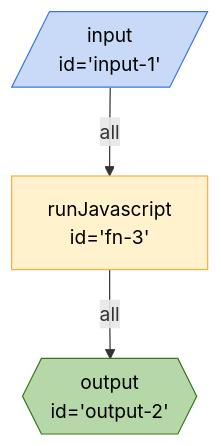
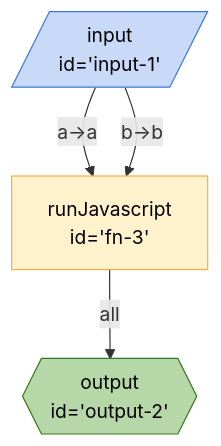
One commit to breadboard-ai/breadboard changed the diagram in seeds/breadboard-web/docs/graphs/new/custom-inline-action.md. Above: the diagram before and after it, drawn with Mermaid. The commit also changed 2 other files, not shown here.

Commit message:
[new syntax] fix ts warning in custom-inline-action
the original works, but currently gives a type warning.

(this should be fixed of course)

````diff
--- a/seeds/breadboard-web/docs/graphs/new/custom-inline-action.md
+++ b/seeds/breadboard-web/docs/graphs/new/custom-inline-action.md
@@ -3,14 +3,15 @@
 ```mermaid
 %%{init: 'themeVariables': { 'fontFamily': 'Fira Code, monospace' }}%%
 graph TD;
 fn3["runJavascript <br> id='fn-3'"] -- all --> output2{{"output <br> id='output-2'"}}:::output
-input1[/"input <br> id='input-1'"/]:::input -- all --> fn3["runJavascript <br> id='fn-3'"]
+input1[/"input <br> id='input-1'"/]:::input -- "a->a" --> fn3["runJavascript <br> id='fn-3'"]
+input1[/"input <br> id='input-1'"/]:::input -- "b->b" --> fn3["runJavascript <br> id='fn-3'"]
 classDef default stroke:#ffab40,fill:#fff2ccff,color:#000
 classDef input stroke:#3c78d8,fill:#c9daf8ff,color:#000
 classDef output stroke:#38761d,fill:#b6d7a8ff,color:#000
 classDef passthrough stroke:#a64d79,fill:#ead1dcff,color:#000
 classDef slot stroke:#a64d79,fill:#ead1dcff,color:#000
 classDef config stroke:#a64d79,fill:#ead1dcff,color:#000
 classDef secrets stroke:#db4437,fill:#f4cccc,color:#000
 classDef slotted stroke:#a64d79
 ```
````
